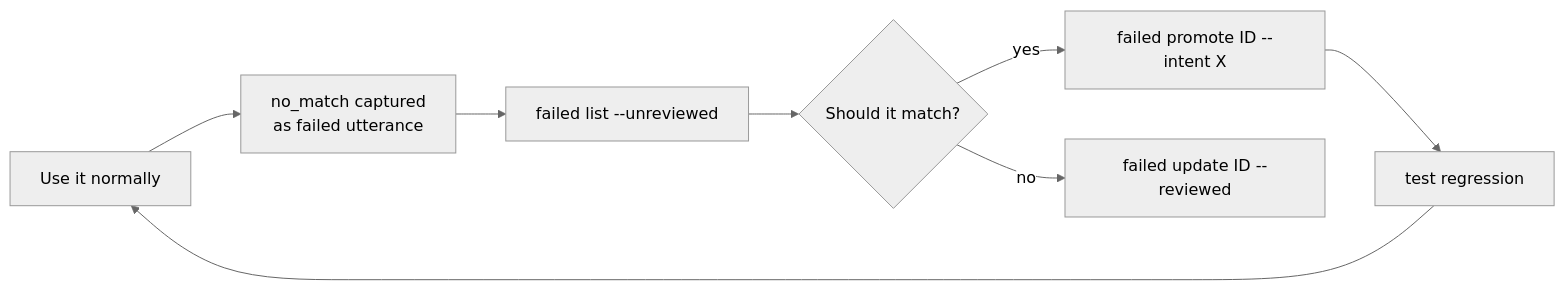
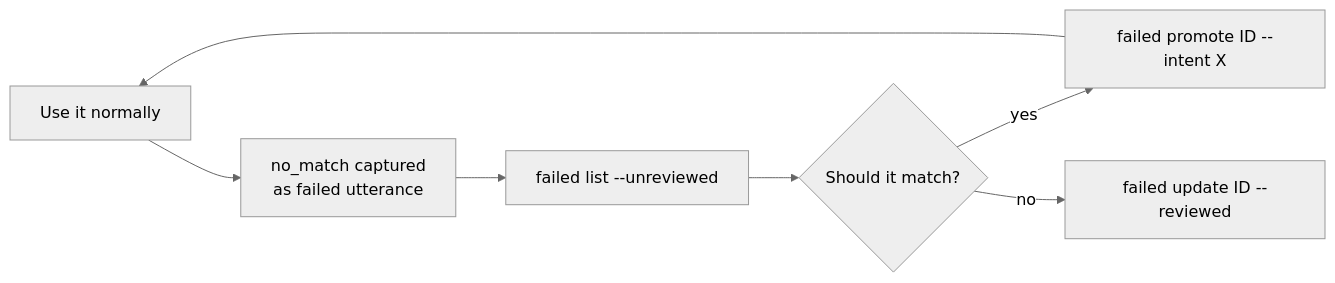
The fourth of 4 diagrams in docs/USER_GUIDE.md (PatMartin/opal-listen), drawn with Mermaid (neutral theme) before and after one commit. The commit also changed other lines of this file and 27 other files, not shown here.

First line of the commit message:
Remove regression test management and update testing guidance

````diff
--- a/docs/USER_GUIDE.md
+++ b/docs/USER_GUIDE.md
@@ -2629,10 +2514,9 @@
 ```mermaid
 flowchart LR
     A[Use it normally] --> B[no_match captured<br/>as failed utterance]
     B --> C[failed list --unreviewed]
     C --> D{Should it match?}
     D -- yes --> E[failed promote ID --intent X]
     D -- no --> F[failed update ID --reviewed]
-    E --> G[test regression]
-    G --> A
+    E --> A
 ```
````
